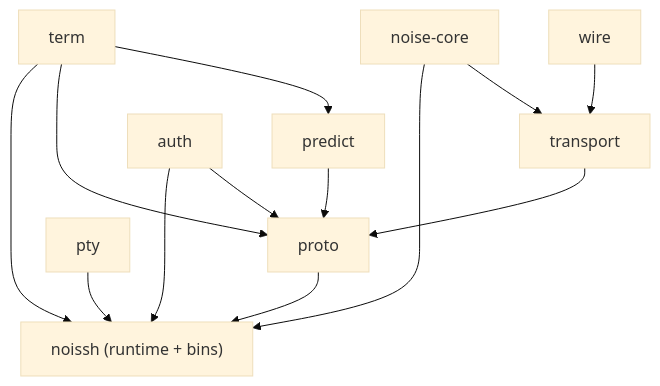
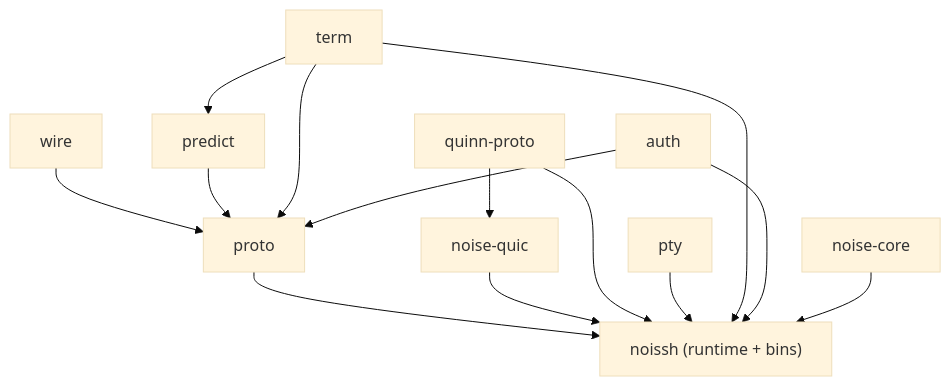
One commit to gedigi/noissh changed the second of 2 diagrams in docs/ARCHITECTURE.md. Above: the diagram before and after it, drawn with Mermaid (base theme). The commit also changed other lines of this file and 57 other files, not shown here.

First line of the commit message:
Release 0.7.0: QUIC transport secured by Noise (#11)

````diff
--- a/docs/ARCHITECTURE.md
+++ b/docs/ARCHITECTURE.md
@@ -66,15 +76,16 @@
 ```mermaid
 graph TD
-    wire --> transport
-    noise-core --> transport
-    transport --> proto
+    wire --> proto
     term --> predict
     predict --> proto
     term --> proto
     auth --> proto
     proto --> noissh["noissh (runtime + bins)"]
+    noise-quic --> noissh
+    quinn-proto --> noise-quic
+    quinn-proto --> noissh
     pty --> noissh
     term --> noissh
     auth --> noissh
     noise-core --> noissh
 ```
````
